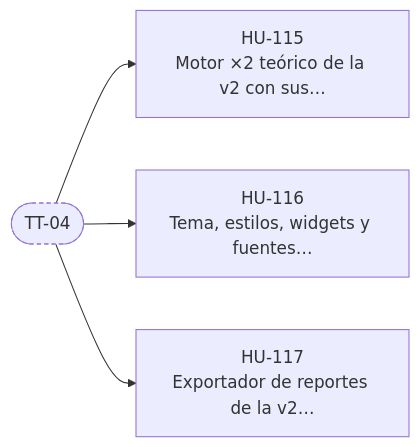
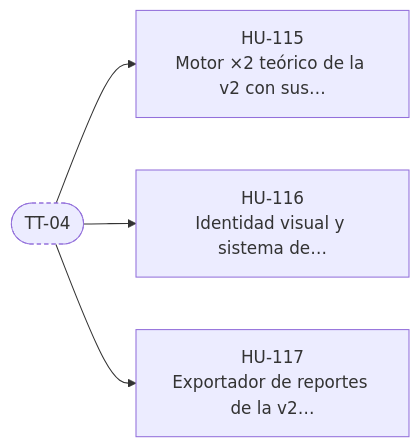
The diagram in backlog/E-13-transicion-desde-la-v2/README.md (riverbonilla1504/NASTOCK), drawn with Mermaid before and after one commit. The commit also changed other lines of this file and 73 other files, not shown here.

First line of the commit message:
HU-116 · Identidad visual y sistema de diseño (#156)

````diff
--- a/backlog/E-13-transicion-desde-la-v2/README.md
+++ b/backlog/E-13-transicion-desde-la-v2/README.md
@@ -34,11 +34,11 @@
 ```mermaid
 flowchart LR
   HU115["HU-115<br/>Motor ×2 teórico de la v2 con sus…"]
-  HU116["HU-116<br/>Tema, estilos, widgets y fuentes…"]
+  HU116["HU-116<br/>Identidad visual y sistema de…"]
   HU117["HU-117<br/>Exportador de reportes de la v2…"]
   TT04(["TT-04"]):::externa
   TT04 --> HU115
   TT04 --> HU116
   TT04 --> HU117
   classDef externa stroke-dasharray: 4 3
 ```
````
